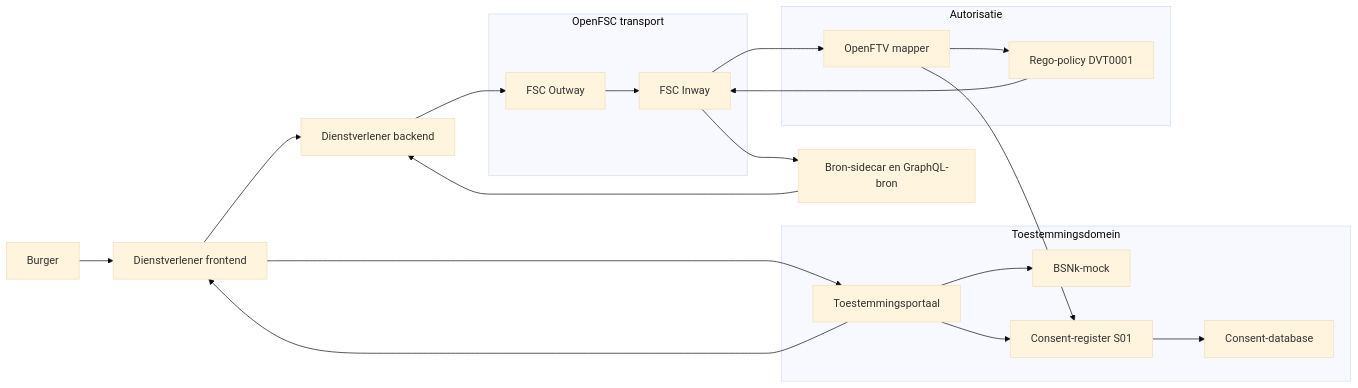
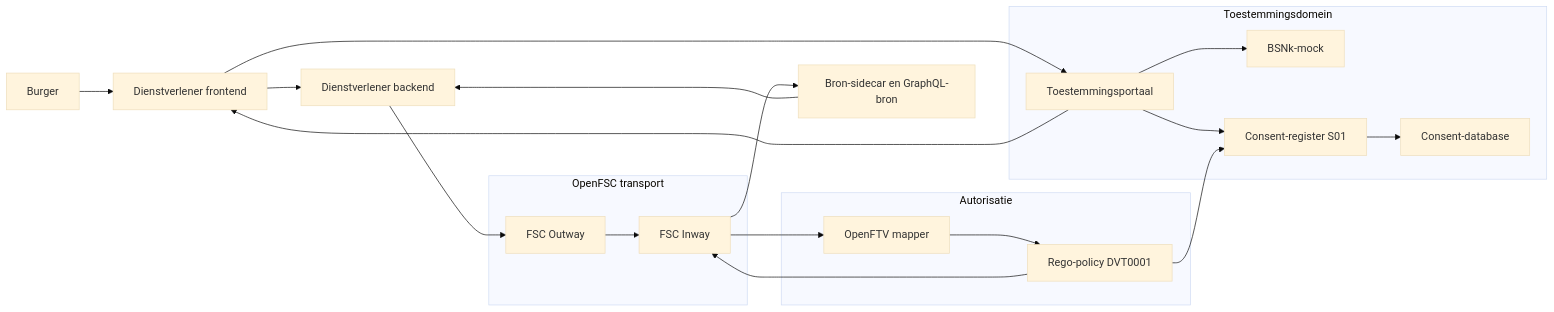
Before and after one commit to ICTU/GBO-demo: the first of 4 diagrams in docs/consent-flow.md, drawn with Mermaid (base theme). The commit also changed other lines of this file and 11 other files, not shown here.

````diff
--- a/docs/consent-flow.md
+++ b/docs/consent-flow.md
@@ -12,41 +12,41 @@
 ```mermaid
 flowchart LR
     Citizen["Burger"]
     ConsumerUI["Dienstverlener frontend"]
     ConsumerBE["Dienstverlener backend"]
 
     subgraph ConsentDomain["Toestemmingsdomein"]
         Portal["Toestemmingsportaal"]
         BSNk["BSNk-mock"]
         Register["Consent-register S01"]
         ConsentDB["Consent-database"]
     end
 
     subgraph FSC["OpenFSC transport"]
         Outway["FSC Outway"]
         Inway["FSC Inway"]
     end
 
     subgraph Authorization["Autorisatie"]
         Mapper["OpenFTV mapper"]
         Policy["Rego-policy DVT0001"]
     end
 
     Source["Bron-sidecar en GraphQL-bron"]
 
     Citizen --> ConsumerUI
     ConsumerUI --> Portal
     Portal --> BSNk
     Portal --> Register
     Register --> ConsentDB
     Portal --> ConsumerUI
     ConsumerUI --> ConsumerBE
     ConsumerBE --> Outway
     Outway --> Inway
     Inway --> Mapper
-    Mapper --> Register
     Mapper --> Policy
+    Policy --> Register
     Policy --> Inway
     Inway --> Source
     Source --> ConsumerBE
 ```
````
